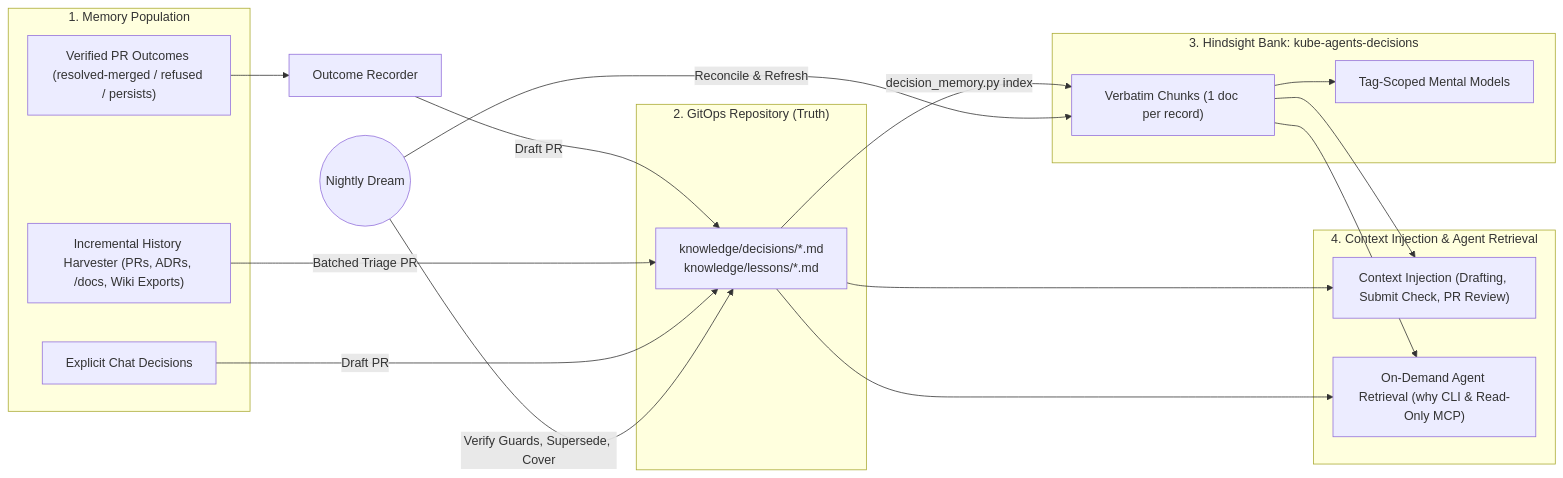
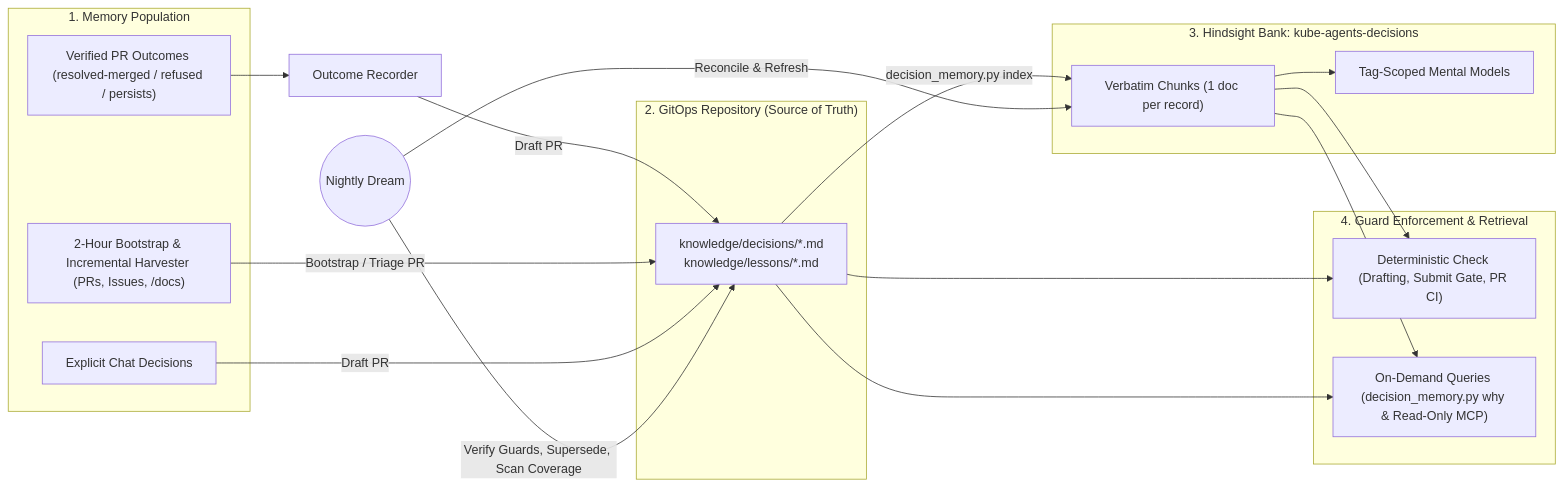
The second of 3 diagrams in docs/designs/memory.md (dshnayder/kube-agents), drawn with Mermaid before and after one commit. The commit also changed other lines of this file, not shown here.

Commit message:
docs(memory): rewrite memory.md in human-readable format for SWEs and adopters

````diff
--- a/docs/designs/memory.md
+++ b/docs/designs/memory.md
@@ -1641,29 +338,29 @@
 ```mermaid
 flowchart LR
   subgraph Populate["1. Memory Population"]
     O["Verified PR Outcomes (resolved-merged / refused / persists)"]
-    H["Incremental History Harvester (PRs, ADRs, /docs, Wiki Exports)"]
+    H["2-Hour Bootstrap & Incremental Harvester (PRs, Issues, /docs)"]
     C["Explicit Chat Decisions"]
   end
-  subgraph Truth["2. GitOps Repository (Truth)"]
+  subgraph Truth["2. GitOps Repository (Source of Truth)"]
     R["knowledge/decisions/*.md\nknowledge/lessons/*.md"]
   end
   subgraph Index["3. Hindsight Bank: kube-agents-decisions"]
     I["Verbatim Chunks (1 doc per record)"]
     M["Tag-Scoped Mental Models"]
   end
-  subgraph Consume["4. Context Injection & Agent Retrieval"]
-    P["Context Injection (Drafting, Submit Check, PR Review)"]
-    Q["On-Demand Agent Retrieval (why CLI & Read-Only MCP)"]
+  subgraph Consume["4. Guard Enforcement & Retrieval"]
+    P["Deterministic Check (Drafting, Submit Gate, PR CI)"]
+    Q["On-Demand Queries (decision_memory.py why & Read-Only MCP)"]
   end
   O --> OR["Outcome Recorder"] -->|Draft PR| R
-  H -->|Batched Triage PR| R
+  H -->|Bootstrap / Triage PR| R
   C -->|Draft PR| R
   R -->|decision_memory.py index| I --> M
   R --> P
   R --> Q
   I --> P
   I --> Q
-  Dream(("Nightly Dream")) -->|Verify Guards, Supersede, Cover| R
+  Dream(("Nightly Dream")) -->|Verify Guards, Supersede, Scan Coverage| R
   Dream -->|Reconcile & Refresh| I
 ```
````
